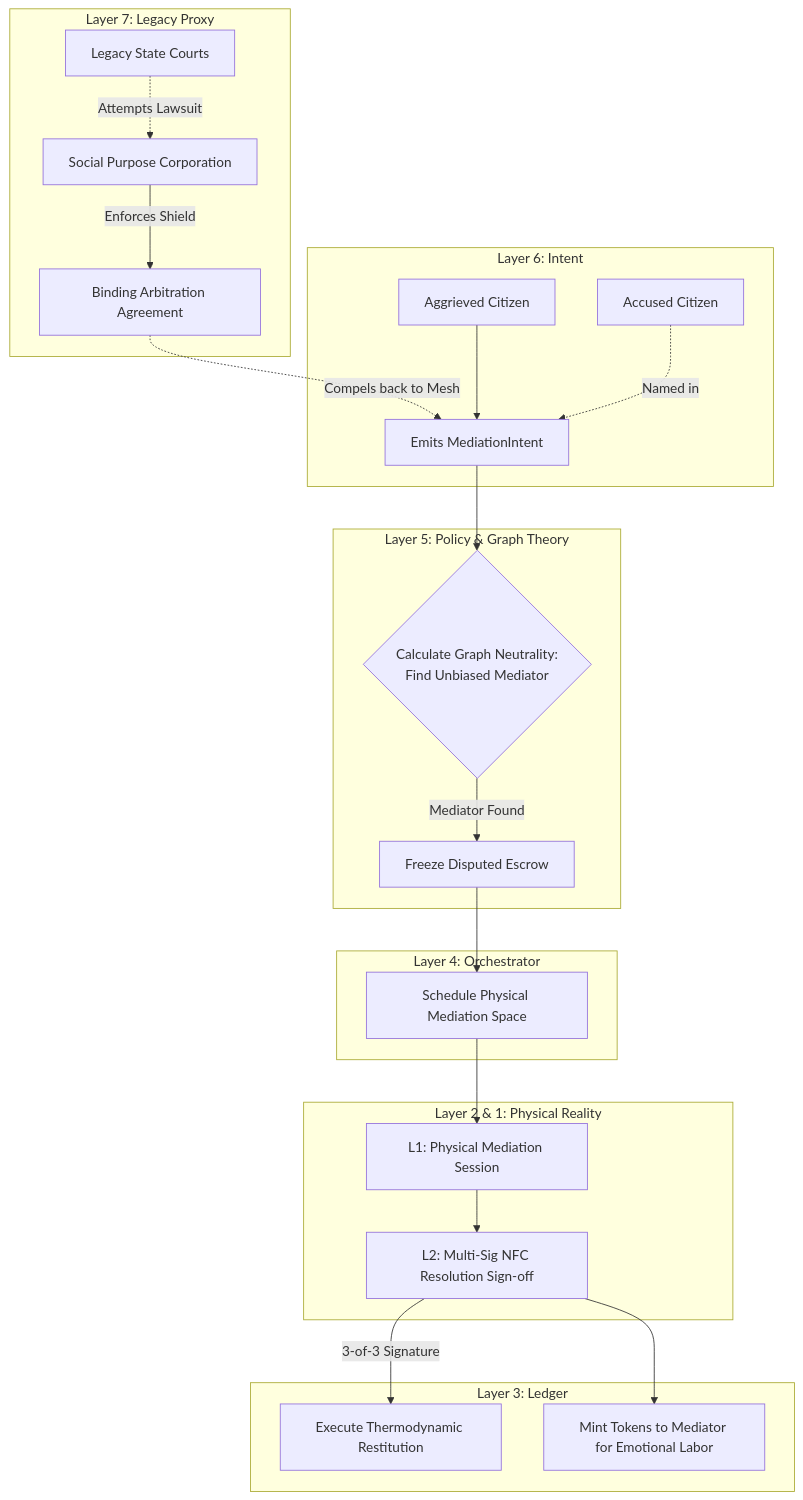
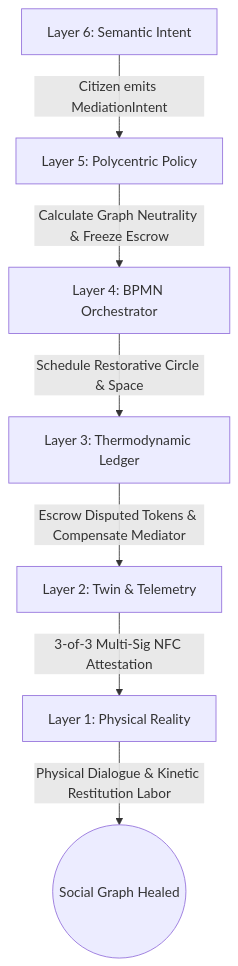
The first of 4 diagrams in docs/scenarios/psi_mediation.md (raffaine/collective), drawn with Mermaid before and after one commit. The commit also changed other lines of this file and 62 other files, not shown here.

First line of the commit message:
feat(sprint-1): Oasis V4 WebGPU Engine & Sovereign Stack V2 Architecture

````diff
--- a/docs/scenarios/psi_mediation.md
+++ b/docs/scenarios/psi_mediation.md
@@ -47,52 +41,9 @@
 ```mermaid
 graph TD
-    subgraph Layer 7: Legacy Proxy
-        StateCourts[Legacy State Courts]
-        SPC[Social Purpose Corporation]
-        Arbitration[Binding Arbitration Agreement]
-    end
-
-    subgraph Layer 6: Intent
-        PartyA[Aggrieved Citizen]
-        Intent[Emits MediationIntent]
-        PartyB[Accused Citizen]
-    end
-
-    subgraph Layer 5: Policy & Graph Theory
-        GraphCheck{Calculate Graph Neutrality: <br> Find Unbiased Mediator}
-        Lock[Freeze Disputed Escrow]
-    end
-
-    subgraph Layer 4: Orchestrator
-        BPMN[Schedule Physical Mediation Space]
-    end
-
-    subgraph Layer 3: Ledger
-        Transfer[Execute Thermodynamic Restitution]
-        Mint[Mint Tokens to Mediator for Emotional Labor]
-    end
-
-    subgraph Layer 2 & 1: Physical Reality
-        Council[L1: Physical Mediation Session]
-        NFC[L2: Multi-Sig NFC Resolution Sign-off]
-    end
-
-    %% Legacy Shielding
-    StateCourts -.->|Attempts Lawsuit| SPC
-    SPC -->|Enforces Shield| Arbitration
-    Arbitration -.->|Compels back to Mesh| Intent
-
-    %% Dispute Flow
-    PartyA --> Intent
-    PartyB -.->|Named in| Intent
-    
-    Intent --> GraphCheck
-    GraphCheck -->|Mediator Found| Lock
-    Lock --> BPMN
-    
-    BPMN --> Council
-    Council --> NFC
-    
-    NFC -->|3-of-3 Signature| Transfer
-    NFC --> Mint
+    L6[Layer 6: Semantic Intent] -->|Citizen emits MediationIntent| L5[Layer 5: Polycentric Policy]
+    L5 -->|Calculate Graph Neutrality & Freeze Escrow| L4[Layer 4: BPMN Orchestrator]
+    L4 -->|Schedule Restorative Circle & Space| L3[Layer 3: Thermodynamic Ledger]
+    L3 -->|Escrow Disputed Tokens & Compensate Mediator| L2[Layer 2: Twin & Telemetry]
+    L2 -->|3-of-3 Multi-Sig NFC Attestation| L1[Layer 1: Physical Reality]
+    L1 -->|Physical Dialogue & Kinetic Restitution Labor| End((Social Graph Healed))
 ```
````
